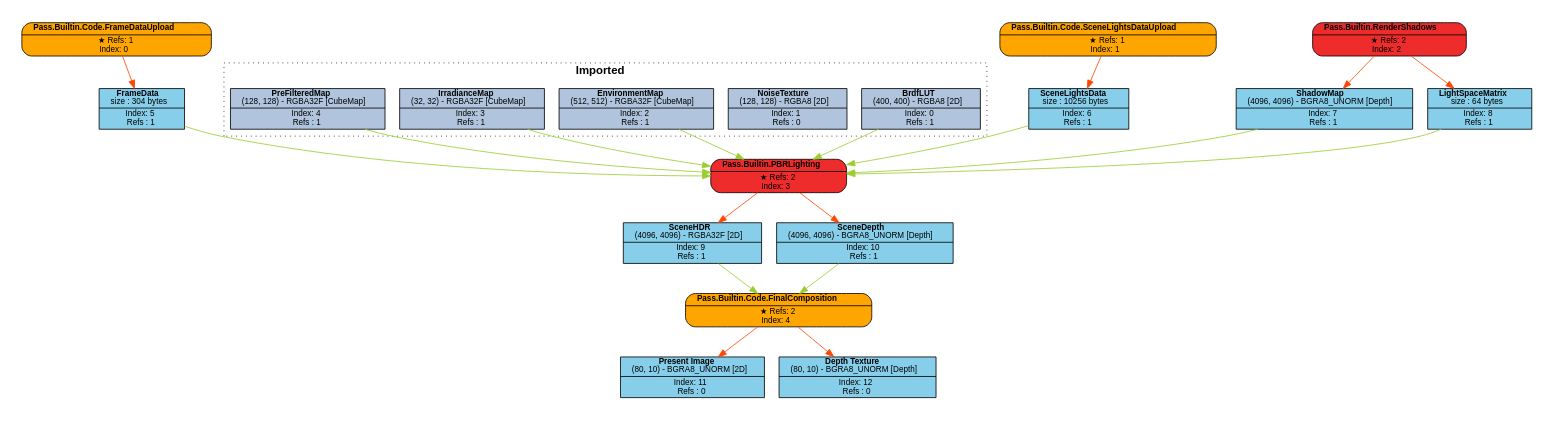
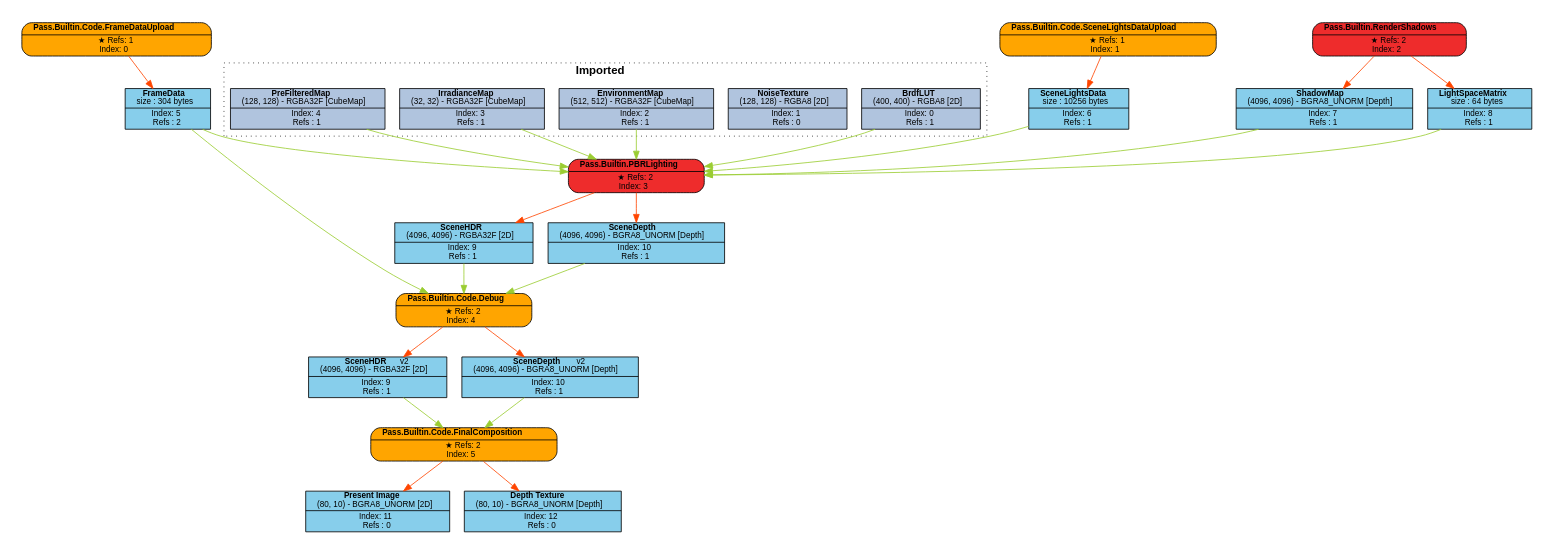
One commit to Pikachuxxxx/Razix changed the diagram in Engine/content/FrameGraphs/pbr_lighting_data_driven.dot. Above: the diagram before and after it, drawn with Graphviz. The commit also changed 9 other files, not shown here.

Commit message:
Added debug code pass;

```diff
--- a/Engine/content/FrameGraphs/pbr_lighting_data_driven.dot
+++ b/Engine/content/FrameGraphs/pbr_lighting_data_driven.dot
@@ -1,66 +1,75 @@
 digraph FrameGraph {
 graph [style=invis, rankdir="TB" ordering=out, splines=spline]
 node [shape=record, fontname="helvetica", fontsize=10, margin="0.2,0.03"]
 
 P0 [label=<{ {<B>Pass.Builtin.Code.FrameDataUpload</B>} | {&#x2605; Refs: 1<BR/> Index: 0} }> style="rounded,filled", fillcolor=orange]
 P1 [label=<{ {<B>Pass.Builtin.Code.SceneLightsDataUpload</B>} | {&#x2605; Refs: 1<BR/> Index: 1} }> style="rounded,filled", fillcolor=orange]
 P2 [label=<{ {<B>Pass.Builtin.RenderShadows</B>} | {&#x2605; Refs: 2<BR/> Index: 2} }> style="rounded,filled", fillcolor=firebrick2]
 P3 [label=<{ {<B>Pass.Builtin.PBRLighting</B>} | {&#x2605; Refs: 2<BR/> Index: 3} }> style="rounded,filled", fillcolor=firebrick2]
-P4 [label=<{ {<B>Pass.Builtin.Code.FinalComposition</B>} | {&#x2605; Refs: 2<BR/> Index: 4} }> style="rounded,filled", fillcolor=orange]
+P4 [label=<{ {<B>Pass.Builtin.Code.Debug</B>} | {&#x2605; Refs: 2<BR/> Index: 4} }> style="rounded,filled", fillcolor=orange]
+P5 [label=<{ {<B>Pass.Builtin.Code.FinalComposition</B>} | {&#x2605; Refs: 2<BR/> Index: 5} }> style="rounded,filled", fillcolor=orange]
 
 R0_1 [label=<{ {<B>BrdfLUT</B><BR/>(400, 400) - RGBA8 [2D]} | {Index: 0<BR/>Refs : 1} }> style=filled, fillcolor=lightsteelblue]
 R1_1 [label=<{ {<B>NoiseTexture</B><BR/>(128, 128) - RGBA8 [2D]} | {Index: 1<BR/>Refs : 0} }> style=filled, fillcolor=lightsteelblue]
 R2_1 [label=<{ {<B>EnvironmentMap</B><BR/>(512, 512) - RGBA32F [CubeMap]} | {Index: 2<BR/>Refs : 1} }> style=filled, fillcolor=lightsteelblue]
 R3_1 [label=<{ {<B>IrradianceMap</B><BR/>(32, 32) - RGBA32F [CubeMap]} | {Index: 3<BR/>Refs : 1} }> style=filled, fillcolor=lightsteelblue]
 R4_1 [label=<{ {<B>PreFilteredMap</B><BR/>(128, 128) - RGBA32F [CubeMap]} | {Index: 4<BR/>Refs : 1} }> style=filled, fillcolor=lightsteelblue]
-R5_1 [label=<{ {<B>FrameData</B><BR/>size : 304 bytes} | {Index: 5<BR/>Refs : 1} }> style=filled, fillcolor=skyblue]
+R5_1 [label=<{ {<B>FrameData</B><BR/>size : 304 bytes} | {Index: 5<BR/>Refs : 2} }> style=filled, fillcolor=skyblue]
 R6_1 [label=<{ {<B>SceneLightsData</B><BR/>size : 10256 bytes} | {Index: 6<BR/>Refs : 1} }> style=filled, fillcolor=skyblue]
 R7_1 [label=<{ {<B>ShadowMap</B><BR/>(4096, 4096) - BGRA8_UNORM [Depth]} | {Index: 7<BR/>Refs : 1} }> style=filled, fillcolor=skyblue]
 R8_1 [label=<{ {<B>LightSpaceMatrix</B><BR/>size : 64 bytes} | {Index: 8<BR/>Refs : 1} }> style=filled, fillcolor=skyblue]
 R9_1 [label=<{ {<B>SceneHDR</B><BR/>(4096, 4096) - RGBA32F [2D]} | {Index: 9<BR/>Refs : 1} }> style=filled, fillcolor=skyblue]
 R10_1 [label=<{ {<B>SceneDepth</B><BR/>(4096, 4096) - BGRA8_UNORM [Depth]} | {Index: 10<BR/>Refs : 1} }> style=filled, fillcolor=skyblue]
+R9_2 [label=<{ {<B>SceneHDR</B>   <FONT>v2</FONT><BR/>(4096, 4096) - RGBA32F [2D]} | {Index: 9<BR/>Refs : 1} }> style=filled, fillcolor=skyblue]
+R10_2 [label=<{ {<B>SceneDepth</B>   <FONT>v2</FONT><BR/>(4096, 4096) - BGRA8_UNORM [Depth]} | {Index: 10<BR/>Refs : 1} }> style=filled, fillcolor=skyblue]
 R11_1 [label=<{ {<B>Present Image</B><BR/>(80, 10) - BGRA8_UNORM [2D]} | {Index: 11<BR/>Refs : 0} }> style=filled, fillcolor=skyblue]
 R12_1 [label=<{ {<B>Depth Texture</B><BR/>(80, 10) - BGRA8_UNORM [Depth]} | {Index: 12<BR/>Refs : 0} }> style=filled, fillcolor=skyblue]
 
 P0 -> { R5_1 } [color=orangered]
 P1 -> { R6_1 } [color=orangered]
 P2 -> { R7_1 R8_1 } [color=orangered]
 P3 -> { R9_1 R10_1 } [color=orangered]
-P4 -> { R11_1 R12_1 } [color=orangered]
+P4 -> { R9_2 R10_2 } [color=orangered]
+P5 -> { R11_1 R12_1 } [color=orangered]
 
 R0_1 -> { P3 } [color=olivedrab3]
 R1_1 -> { } [color=olivedrab3]
 R2_1 -> { P3 } [color=olivedrab3]
 R3_1 -> { P3 } [color=olivedrab3]
 R4_1 -> { P3 } [color=olivedrab3]
-R5_1 -> { P3 } [color=olivedrab3]
+R5_1 -> { P3 P4 } [color=olivedrab3]
 R6_1 -> { P3 } [color=olivedrab3]
 R7_1 -> { P3 } [color=olivedrab3]
 R8_1 -> { P3 } [color=olivedrab3]
 R9_1 -> { P4 } [color=olivedrab3]
 R10_1 -> { P4 } [color=olivedrab3]
+R9_2 -> { P5 } [color=olivedrab3]
+R10_2 -> { P5 } [color=olivedrab3]
 R11_1 -> { } [color=olivedrab3]
 R12_1 -> { } [color=olivedrab3]
 
 subgraph cluster_0 {
 P0 R5_1 
 }
 subgraph cluster_1 {
 P1 R6_1 
 }
 subgraph cluster_2 {
 P2 R7_1 R8_1 
 }
 subgraph cluster_3 {
 P3 R9_1 R10_1 
 }
 subgraph cluster_4 {
-P4 R11_1 R12_1 
+P4 
+}
+subgraph cluster_5 {
+P5 R11_1 R12_1 
 }
 
 subgraph cluster_imported_resources {
 graph [style=dotted, fontname="helvetica", label=< <B>Imported</B> >]
 R0_1 R1_1 R2_1 R3_1 R4_1 
 }
 
 }
```
